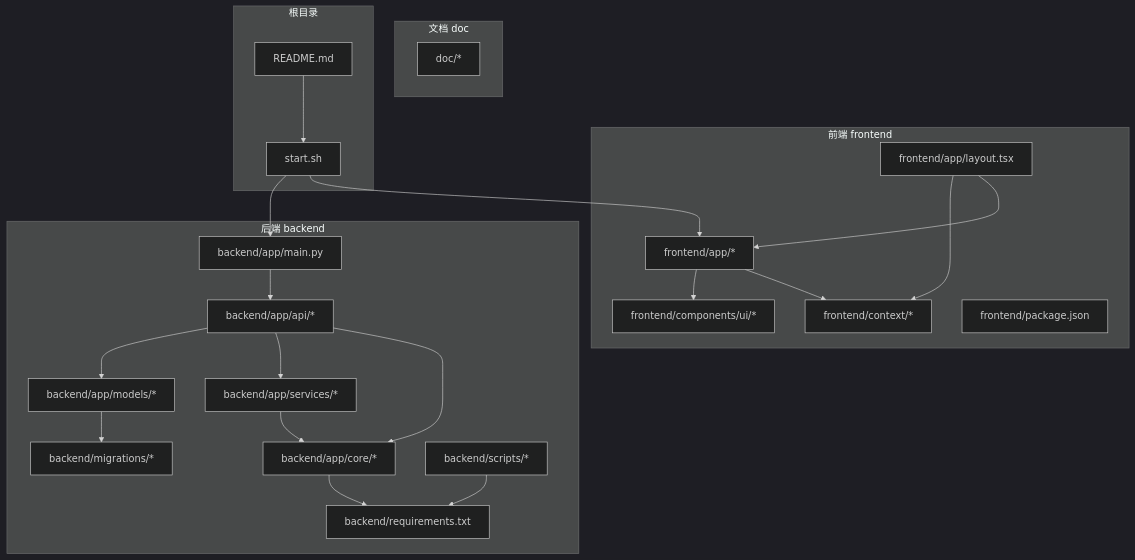
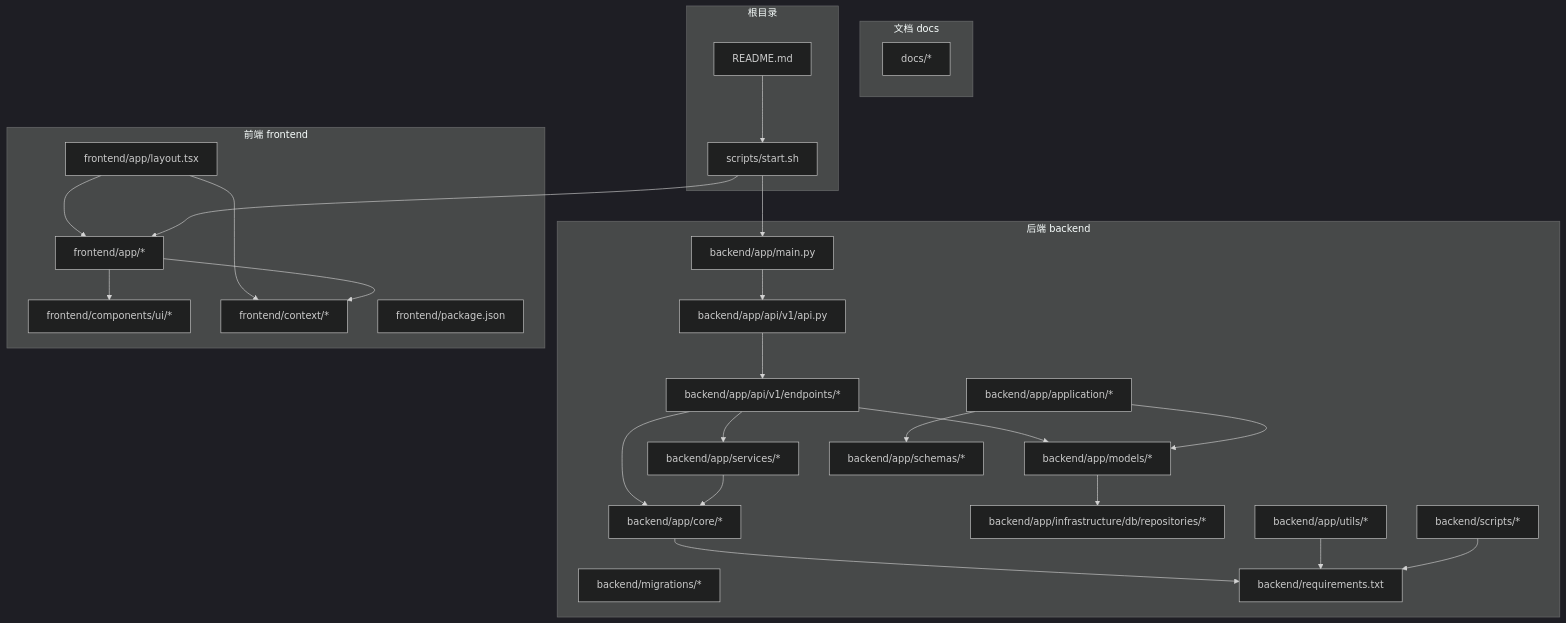
Before and after one commit to breeze-lyf/ai-stock-advisor: the first of 3 diagrams in .qoder/repowiki/zh/content/项目概述/项目结构.md, drawn with Mermaid (dark theme). The commit also changed other lines of this file and 43 other files, not shown here.

````diff
--- a/.qoder/repowiki/zh/content/项目概述/项目结构.md
+++ b/.qoder/repowiki/zh/content/项目概述/项目结构.md
@@ -43,42 +43,51 @@
 ```mermaid
 graph TB
 subgraph "后端 backend"
 BMain["backend/app/main.py"]
-BApi["backend/app/api/*"]
+BApi["backend/app/api/v1/api.py"]
+BAEnd["backend/app/api/v1/endpoints/*"]
 BModels["backend/app/models/*"]
 BServices["backend/app/services/*"]
 BCore["backend/app/core/*"]
+BInfra["backend/app/infrastructure/db/repositories/*"]
+BApp["backend/app/application/*"]
+BSchemas["backend/app/schemas/*"]
+BUtils["backend/app/utils/*"]
 BMig["backend/migrations/*"]
 BScripts["backend/scripts/*"]
 BReq["backend/requirements.txt"]
 end
 subgraph "前端 frontend"
 FLayout["frontend/app/layout.tsx"]
 FPages["frontend/app/*"]
 FUI["frontend/components/ui/*"]
 FContext["frontend/context/*"]
 FPkg["frontend/package.json"]
 end
-subgraph "文档 doc"
-DDoc["doc/*"]
+subgraph "文档 docs"
+DDoc["docs/*"]
 end
 subgraph "根目录"
-SStart["start.sh"]
+SScripts["scripts/start.sh"]
 SReadme["README.md"]
 end
 FLayout --> FContext
 FLayout --> FPages
 FPages --> FUI
 FPages --> FContext
 BMain --> BApi
-BApi --> BModels
-BApi --> BServices
-BApi --> BCore
+BApi --> BAEnd
+BAEnd --> BModels
+BAEnd --> BServices
+BAEnd --> BCore
 BServices --> BCore
 BCore --> BReq
-BModels --> BMig
+BModels --> BInfra
+BApp --> BModels
+BApp --> BSchemas
+BUtils --> BReq
 BScripts --> BReq
-SStart --> BMain
-SStart --> FPages
-SReadme --> SStart
+SScripts --> BMain
+SScripts --> FPages
+SReadme --> SScripts
 ```
````
